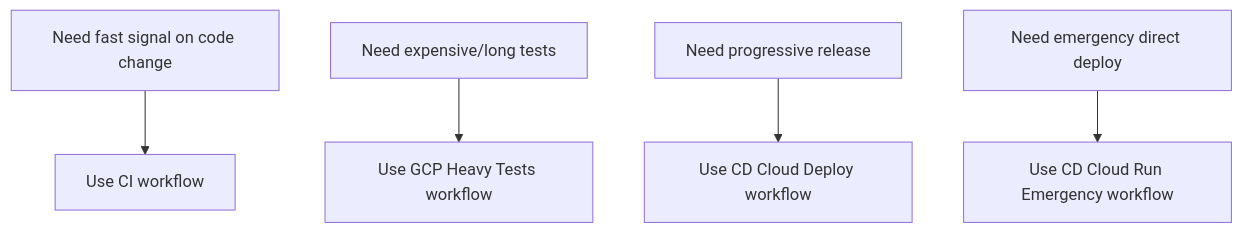
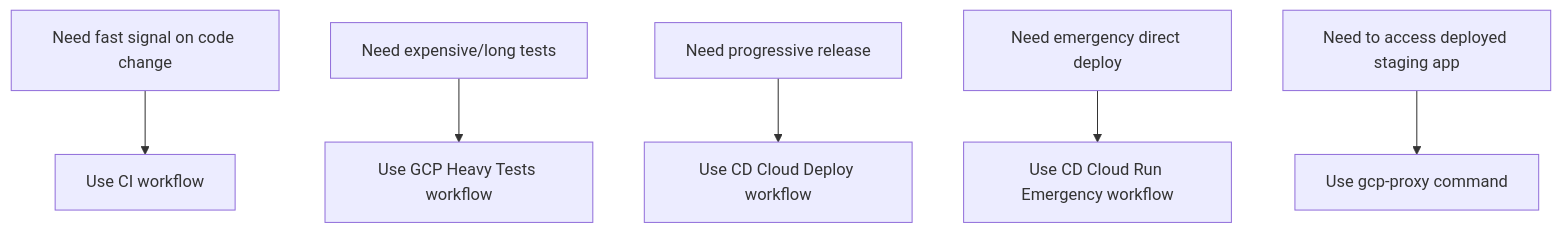
Before and after one commit to superfox247/AgentDevelopment: diagram 11 of 11 in docs/PLATFORM_GUIDE.md, drawn with Mermaid. The commit also changed other lines of this file and 3 other files, not shown here.

Commit message:
docs: Add gcp-proxy to all reference docs and platform guide

````diff
--- a/docs/PLATFORM_GUIDE.md
+++ b/docs/PLATFORM_GUIDE.md
@@ -282,7 +292,8 @@
 ```mermaid
 flowchart TD
     A[Need fast signal on code change] --> B[Use CI workflow]
     C[Need expensive/long tests] --> D[Use GCP Heavy Tests workflow]
     E[Need progressive release] --> F[Use CD Cloud Deploy workflow]
     G[Need emergency direct deploy] --> H[Use CD Cloud Run Emergency workflow]
+    I[Need to access deployed staging app] --> J[Use gcp-proxy command]
 ```
````
